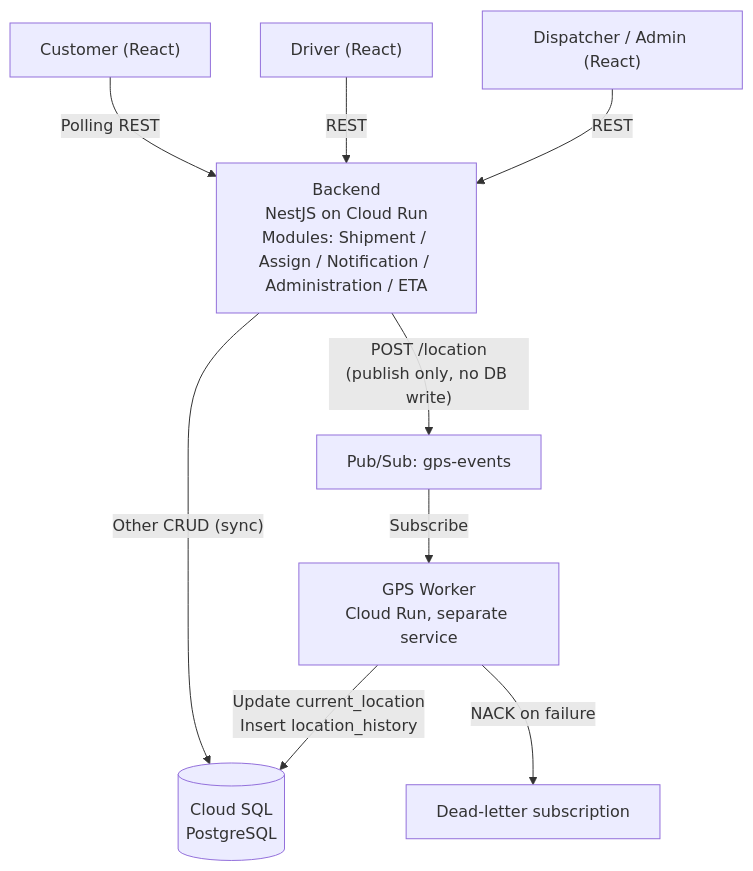
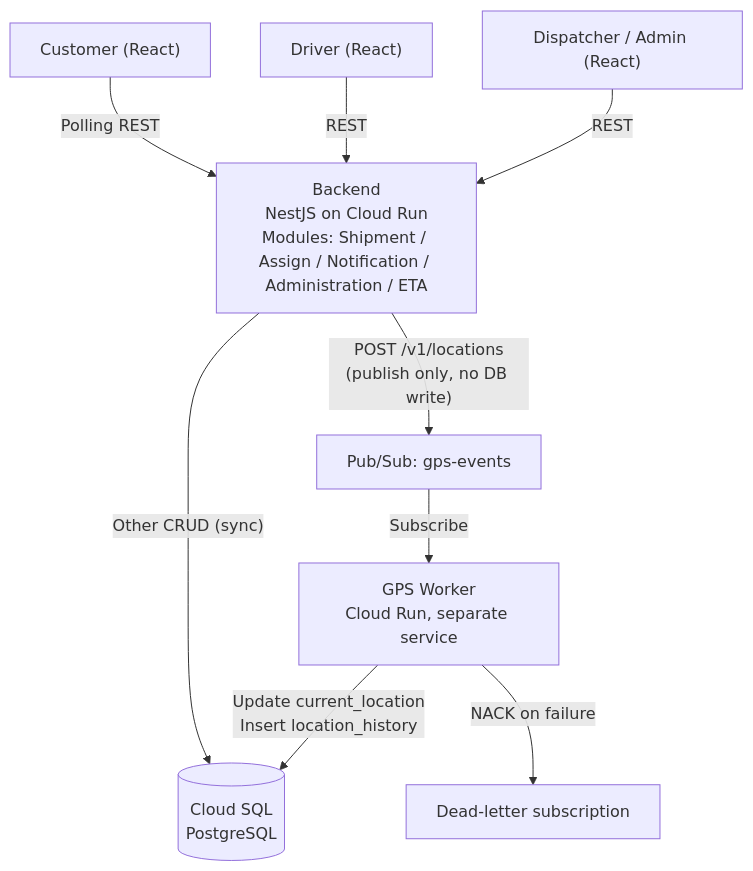
Before and after one commit to namnkahn1607/INT3326E: the diagram in README.md, drawn with Mermaid. The commit also changed other lines of this file and 2 other files, not shown here.

Commit message:
docs(tv4): align week 1 handoff and locations contract

````diff
--- a/README.md
+++ b/README.md
@@ -74,15 +74,15 @@
 ```mermaid
 flowchart TD
     C["Customer (React)"] -- "Polling REST" --> B
     D["Driver (React)"] -- "REST" --> B
     A["Dispatcher / Admin (React)"] -- "REST" --> B
 
     B["Backend<br/>NestJS on Cloud Run<br/>Modules: Shipment / Assign / Notification / Administration / ETA"]
 
-    B -- "POST /location<br/>(publish only, no DB write)" --> P["Pub/Sub: gps-events"]
+    B -- "POST /v1/locations<br/>(publish only, no DB write)" --> P["Pub/Sub: gps-events"]
     B -- "Other CRUD (sync)" --> DB[("Cloud SQL<br/>PostgreSQL")]
 
     P -- "Subscribe" --> W["GPS Worker<br/>Cloud Run, separate service"]
     W -- "Update current_location<br/>Insert location_history" --> DB
     W -- "NACK on failure" --> DLQ["Dead-letter subscription"]
 ```
````
